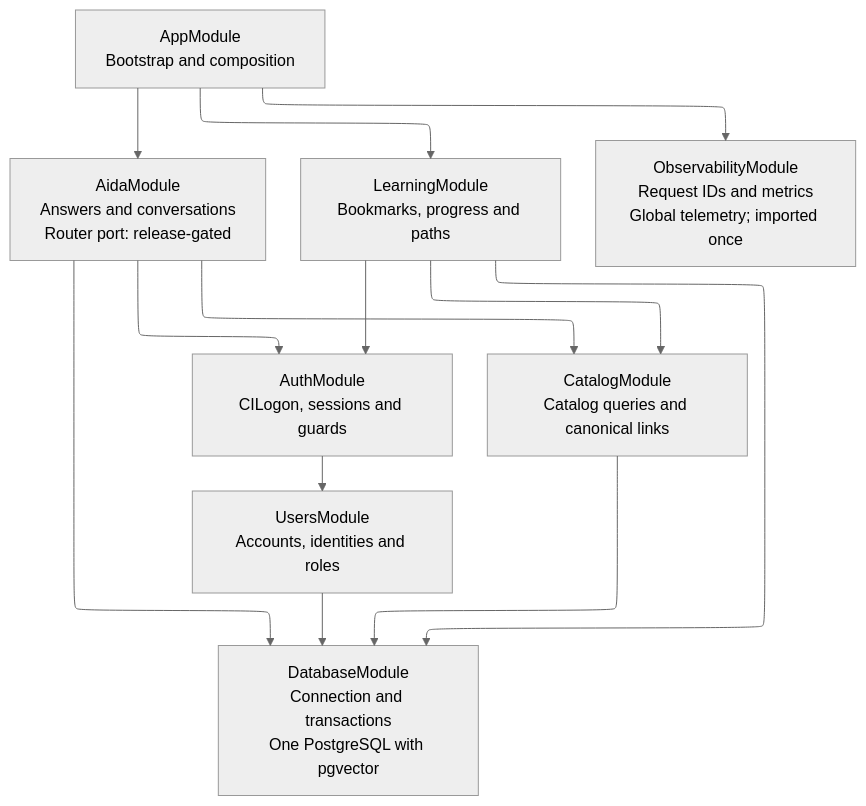
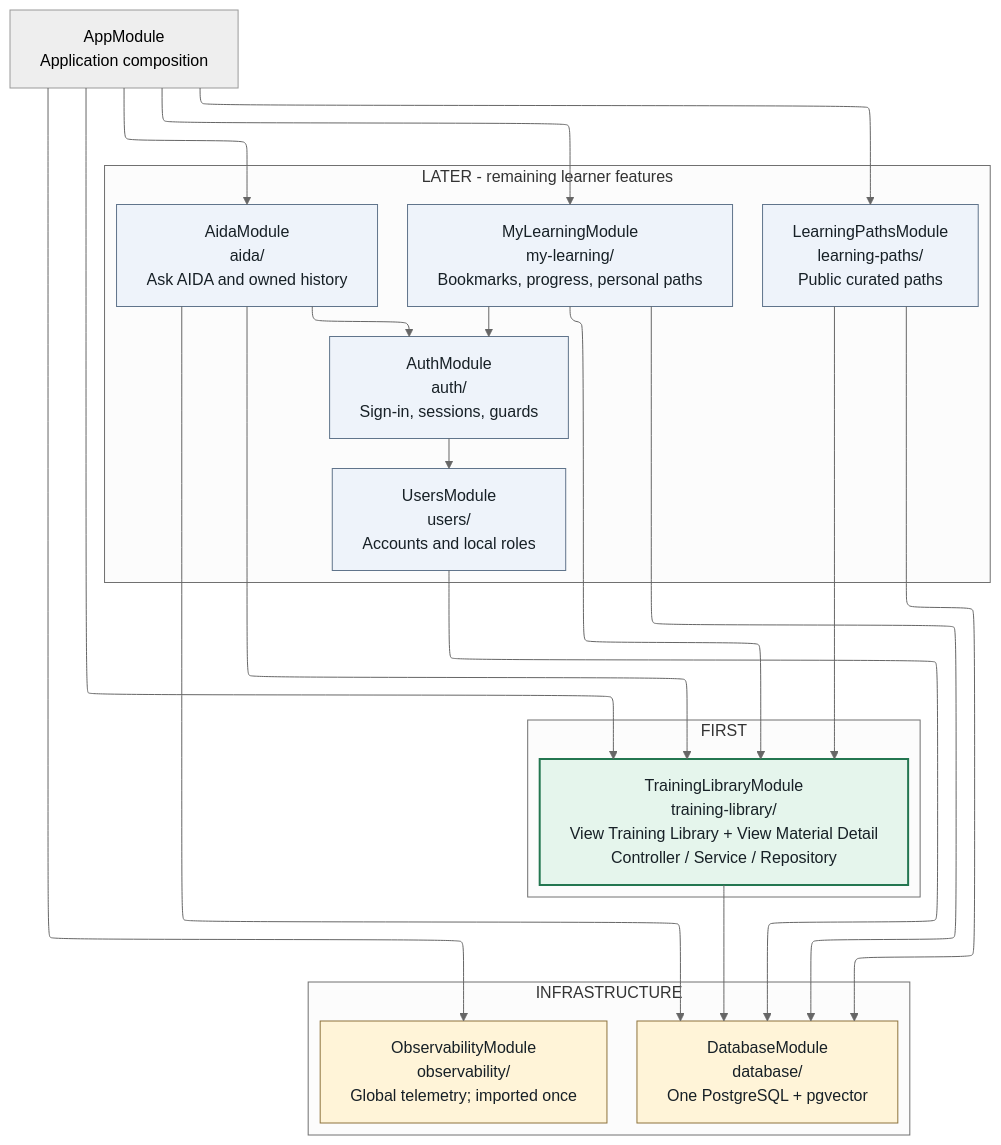
One commit to sdsc-hpc-training-dev/hpc-learning-hub-apigateway changed the diagram in docs/architecture/nestjs-modules.md. Above: the diagram before and after it, drawn with Mermaid. The commit also changed other lines of this file and 3 other files, not shown here.

Commit message:
docs: align paired module diagrams with learner features

````diff
--- a/docs/architecture/nestjs-modules.md
+++ b/docs/architecture/nestjs-modules.md
@@ -36,25 +20,56 @@
 ```mermaid
-%%{init: {"theme":"neutral","layout":"elk","fontFamily":"Arial","fontSize":17,"deterministicIds":true,"deterministicIDSeed":"hpc-learning-hub-nestjs-modules-v1","flowchart":{"htmlLabels":false,"nodeSpacing":35,"rankSpacing":55}}}%%
+---
+config:
+  theme: neutral
+  layout: elk
+  deterministicIds: true
+  deterministicIDSeed: hpc-nestjs-feature-boundaries-2026-09-04
+  fontFamily: Arial
+  fontSize: 17
+  flowchart:
+    htmlLabels: false
+    wrappingWidth: 360
+    nodeSpacing: 30
+    rankSpacing: 48
+---
 flowchart TB
-    App["AppModule\nBootstrap and composition"]
-    Aida["AidaModule\nAnswers and conversations\nRouter port: release-gated"]
-    Learning["LearningModule\nBookmarks, progress and paths"]
-    Auth["AuthModule\nCILogon, sessions and guards"]
-    Catalog["CatalogModule\nCatalog queries and canonical links"]
-    Users["UsersModule\nAccounts, identities and roles"]
-    Database["DatabaseModule\nConnection and transactions\nOne PostgreSQL with pgvector"]
-    Observability["ObservabilityModule\nRequest IDs and metrics\nGlobal telemetry; imported once"]
-
-    App --> Aida
-    App --> Learning
-    App --> Observability
-    Aida --> Auth
-    Aida --> Catalog
-    Aida --> Database
-    Learning --> Auth
-    Learning --> Catalog
-    Learning --> Database
-    Auth --> Users
-    Users --> Database
-    Catalog --> Database
+  accTitle: HPC Learning Hub NestJS modules, 2026-09-04
+  accDescr: TrainingLibraryModule serves the first two public views. Later features reuse it. Auth and Users support private features. Database and Observability are backend infrastructure. Arrows are NestJS imports, not request flow.
+  APP["AppModule<br/>Application composition"]
+  subgraph FIRST["FIRST"]
+    LIB["TrainingLibraryModule<br/>training-library/<br/>View Training Library + View Material Detail<br/>Controller / Service / Repository"]
+  end
+  subgraph LATER["LATER - remaining learner features"]
+    PATHS["LearningPathsModule<br/>learning-paths/<br/>Public curated paths"]
+    MY["MyLearningModule<br/>my-learning/<br/>Bookmarks, progress, personal paths"]
+    AIDA["AidaModule<br/>aida/<br/>Ask AIDA and owned history"]
+    AUTH["AuthModule<br/>auth/<br/>Sign-in, sessions, guards"]
+    USERS["UsersModule<br/>users/<br/>Accounts and local roles"]
+  end
+  subgraph INFRA["INFRASTRUCTURE"]
+    DB["DatabaseModule<br/>database/<br/>One PostgreSQL + pgvector"]
+    OBS["ObservabilityModule<br/>observability/<br/>Global telemetry; imported once"]
+  end
+  APP --> LIB
+  APP --> PATHS
+  APP --> MY
+  APP --> AIDA
+  APP --> OBS
+  PATHS --> LIB
+  MY --> LIB
+  AIDA --> LIB
+  MY --> AUTH
+  AIDA --> AUTH
+  AUTH --> USERS
+  LIB --> DB
+  PATHS --> DB
+  MY --> DB
+  AIDA --> DB
+  USERS --> DB
+  classDef first fill:#e5f5ec,stroke:#237650,stroke-width:2px,color:#172026
+  classDef later fill:#eef3fa,stroke:#60748b,color:#172026
+  classDef infra fill:#fff4d8,stroke:#8e733c,color:#172026
+  class LIB first
+  class PATHS,MY,AIDA,AUTH,USERS later
+  class DB,OBS infra
 ```
````
